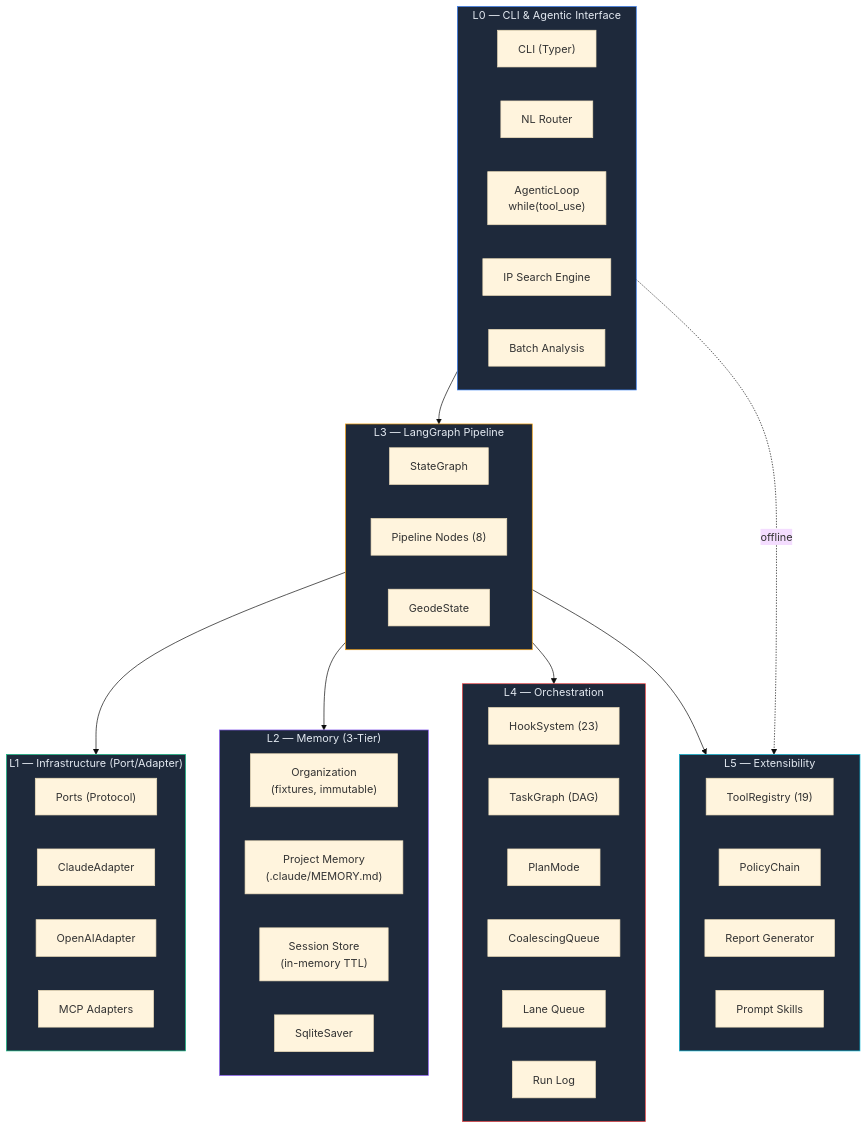
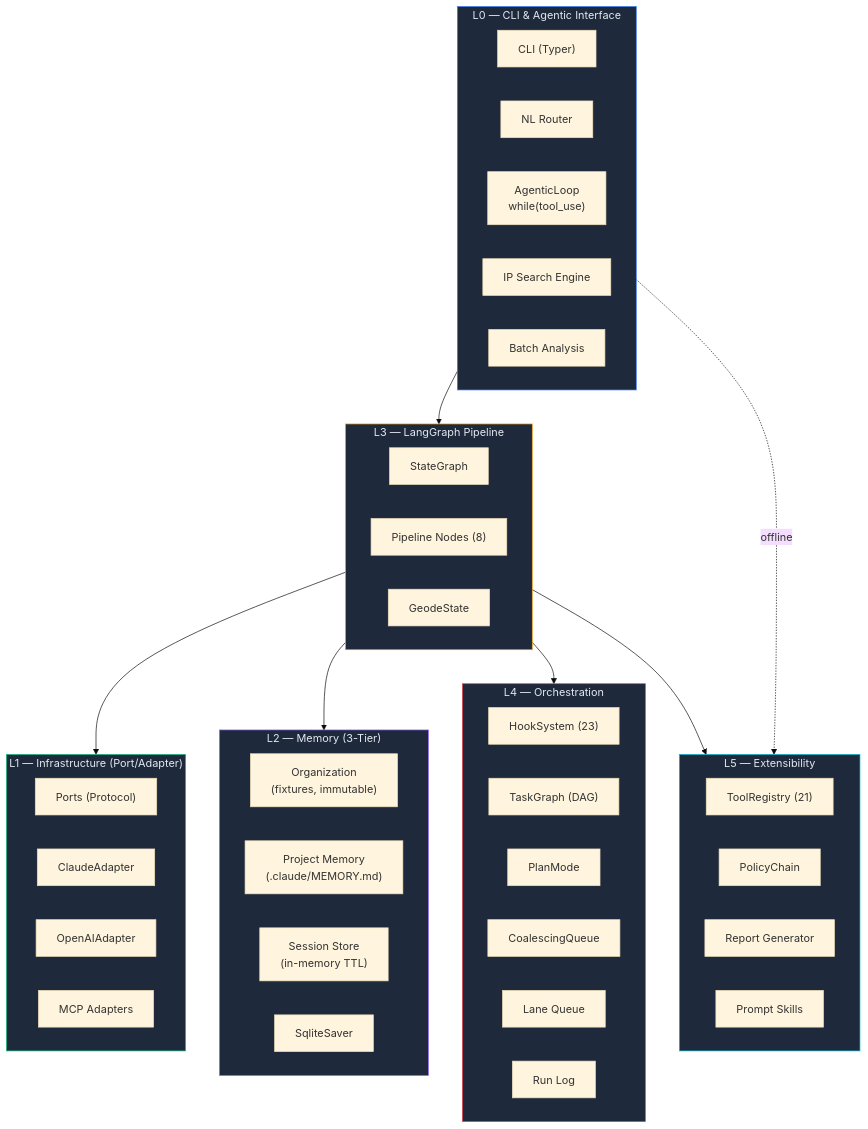
Before and after one commit to mangowhoiscloud/geode: the first of 12 diagrams in README.md, drawn with Mermaid (base theme). The commit also changed other lines of this file and 8 other files, not shown here.

````diff
--- a/README.md
+++ b/README.md
@@ -46,61 +46,61 @@
 ```mermaid
 graph TB
     subgraph L0["L0 — CLI & Agentic Interface"]
         CLI["CLI (Typer)"]
         NLR["NL Router"]
         AL["AgenticLoop<br/>while(tool_use)"]
         Search["IP Search Engine"]
         Batch["Batch Analysis"]
     end
 
     subgraph L1["L1 — Infrastructure (Port/Adapter)"]
         direction LR
         Ports["Ports (Protocol)"]
         Claude["ClaudeAdapter"]
         OpenAI["OpenAIAdapter"]
         MCP["MCP Adapters"]
     end
 
     subgraph L2["L2 — Memory (3-Tier)"]
         Org["Organization<br/>(fixtures, immutable)"]
         Project["Project Memory<br/>(.claude/MEMORY.md)"]
         Session["Session Store<br/>(in-memory TTL)"]
         Checkpoint["SqliteSaver"]
     end
 
     subgraph L3["L3 — LangGraph Pipeline"]
         Graph["StateGraph"]
         Nodes["Pipeline Nodes (8)"]
         State["GeodeState"]
     end
 
     subgraph L4["L4 — Orchestration"]
         Hooks["HookSystem (23)"]
         Tasks["TaskGraph (DAG)"]
         Plan["PlanMode"]
         Coal["CoalescingQueue"]
         Lanes["Lane Queue"]
         RunLog["Run Log"]
     end
 
     subgraph L5["L5 — Extensibility"]
-        Tools["ToolRegistry (19)"]
+        Tools["ToolRegistry (21)"]
         Policy["PolicyChain"]
         Reports["Report Generator"]
         Templates["Prompt Skills"]
     end
 
     L0 --> L3
     L3 --> L1
     L3 --> L2
     L3 --> L4
     L3 --> L5
     L0 -.->|"offline"| L5
 
     style L0 fill:#1e293b,stroke:#3b82f6,color:#e2e8f0
     style L1 fill:#1e293b,stroke:#10b981,color:#e2e8f0
     style L2 fill:#1e293b,stroke:#8b5cf6,color:#e2e8f0
     style L3 fill:#1e293b,stroke:#f59e0b,color:#e2e8f0
     style L4 fill:#1e293b,stroke:#ef4444,color:#e2e8f0
     style L5 fill:#1e293b,stroke:#06b6d4,color:#e2e8f0
 ```
````
